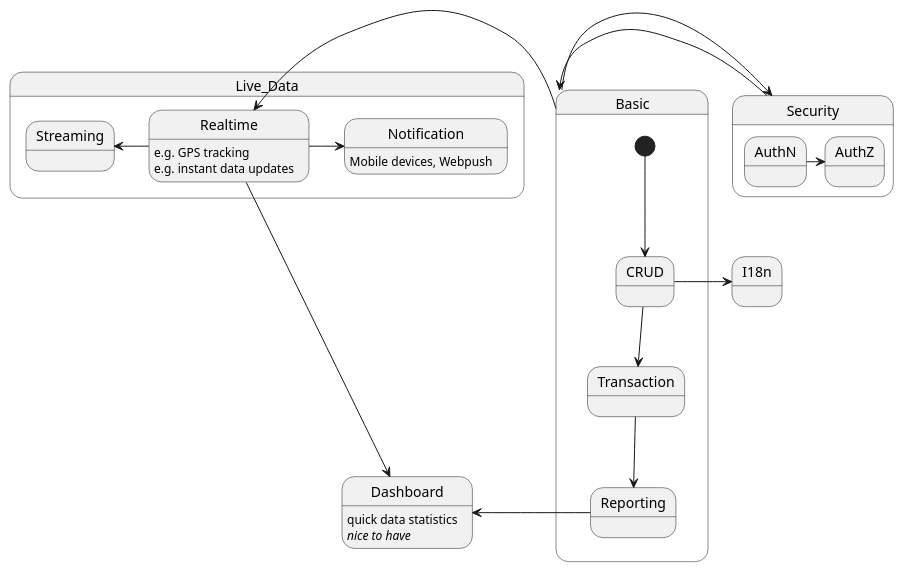
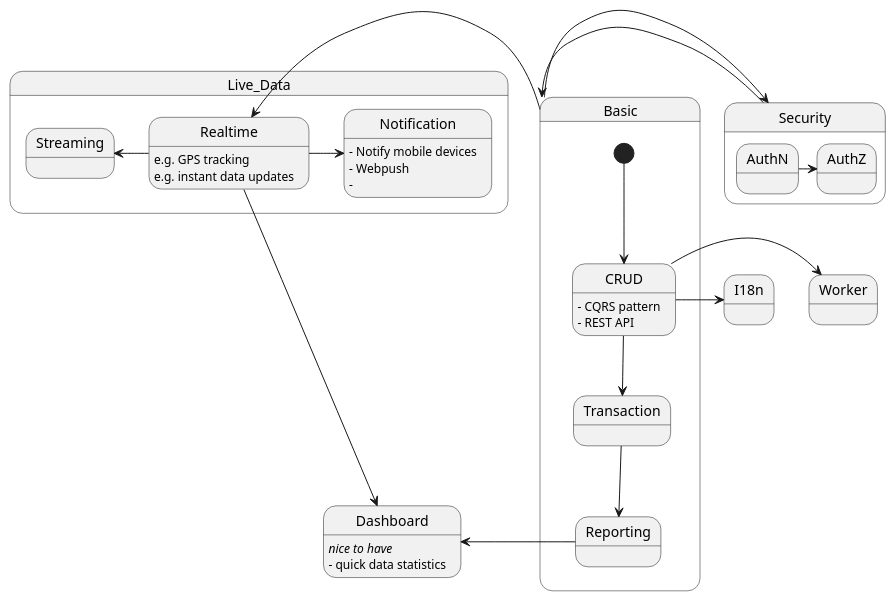
One commit to monkeydj/feon-feeder changed the diagram in common-umls/pathways.wsd. Above: the diagram before and after it, drawn with PlantUML.

Commit message:
pathways.wsd edited online with Bitbucket

```diff
--- a/common-umls/pathways.wsd
+++ b/common-umls/pathways.wsd
@@ -1,40 +1,47 @@
 @startuml
 
 ' hide empty description
 
 state Security {
     AuthN -> AuthZ
 }
 
 state Basic {
     [*] --> CRUD
     CRUD -down-> Transaction
     Transaction -down-> Reporting
 }
 
 state Live_Data {
     Realtime -> Notification
     Realtime -left-> Streaming
 }
 
 Security -left> Basic
 Basic -> Security
 
 CRUD -> I18n
+CRUD -> Worker
+
 
 Basic -> Realtime
 
 Reporting -> Dashboard
 Realtime -> Dashboard
 
 ' problem descriptions
 
+CRUD : - CQRS pattern
+CRUD : - REST API
+
 Realtime : e.g. GPS tracking
-Realtime : e.g. instant data updates
+Realtime : e.g. instant data updates 
 
-Notification : Mobile devices, Webpush
+Notification : - Notify mobile devices
+Notification : - Webpush
+Notification : - 
 
-Dashboard : quick data statistics
 Dashboard : <i>nice to have</i>
+Dashboard : - quick data statistics
 
 @enduml
```
